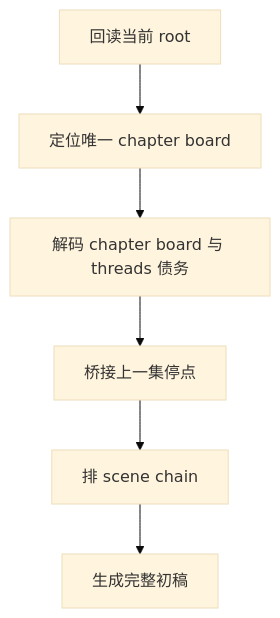
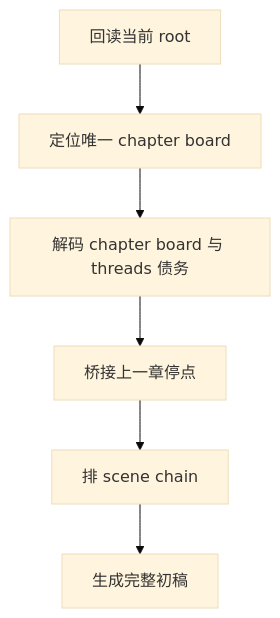
The diagram in .agents/skills/story/3-Drafting/1-单集叙事起盘/SKILL.md (ZEN-VOID/AI-CUT), drawn with Mermaid (base theme) before and after one commit. The commit also changed other lines of this file and 362 other files, not shown here.

````diff
--- a/.agents/skills/story/3-Drafting/1-单集叙事起盘/SKILL.md
+++ b/.agents/skills/story/3-Drafting/1-单集叙事起盘/SKILL.md
@@ -111,8 +111,8 @@
 ```mermaid
 flowchart TD
     A["回读当前 root"] --> B["定位唯一 chapter board"]
     B --> C["解码 chapter board 与 threads 债务"]
-    C --> D["桥接上一集停点"]
+    C --> D["桥接上一章停点"]
     D --> E["排 scene chain"]
     E --> F["生成完整初稿"]
 ```
````
